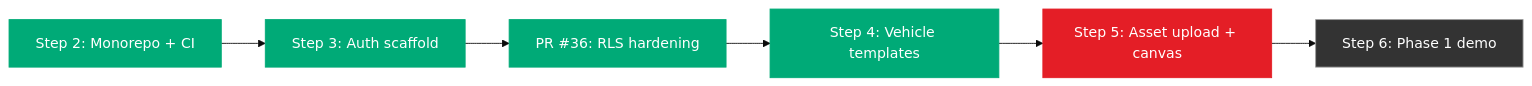
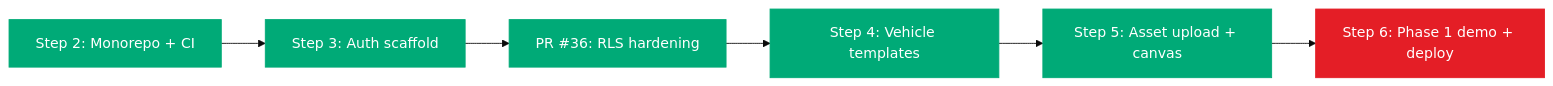
The first of 2 diagrams in docs/vault/00-START-HERE.md (archerverified/alphawolfedecals-app), drawn with Mermaid (base theme) before and after one commit. The commit also changed other lines of this file and 43 other files, not shown here.

First line of the commit message:
feat(deploy): Phase 1 demo + staging deploy infrastructure (Step 6)

````diff
--- a/docs/vault/00-START-HERE.md
+++ b/docs/vault/00-START-HERE.md
@@ -71,15 +71,15 @@
 ```mermaid
 flowchart LR
     classDef done fill:#0a7,stroke:#0a7,color:#fff
     classDef pending fill:#333,stroke:#999,color:#fff
     classDef next fill:#e41e26,stroke:#e41e26,color:#fff
 
     P2[Step 2: Monorepo + CI]:::done
     P3[Step 3: Auth scaffold]:::done
     P36[PR #36: RLS hardening]:::done
     P4[Step 4: Vehicle templates]:::done
-    P5[Step 5: Asset upload + canvas]:::next
-    P6[Step 6: Phase 1 demo]:::pending
+    P5[Step 5: Asset upload + canvas]:::done
+    P6[Step 6: Phase 1 demo + deploy]:::next
 
     P2 --> P3 --> P36 --> P4 --> P5 --> P6
 ```
````
